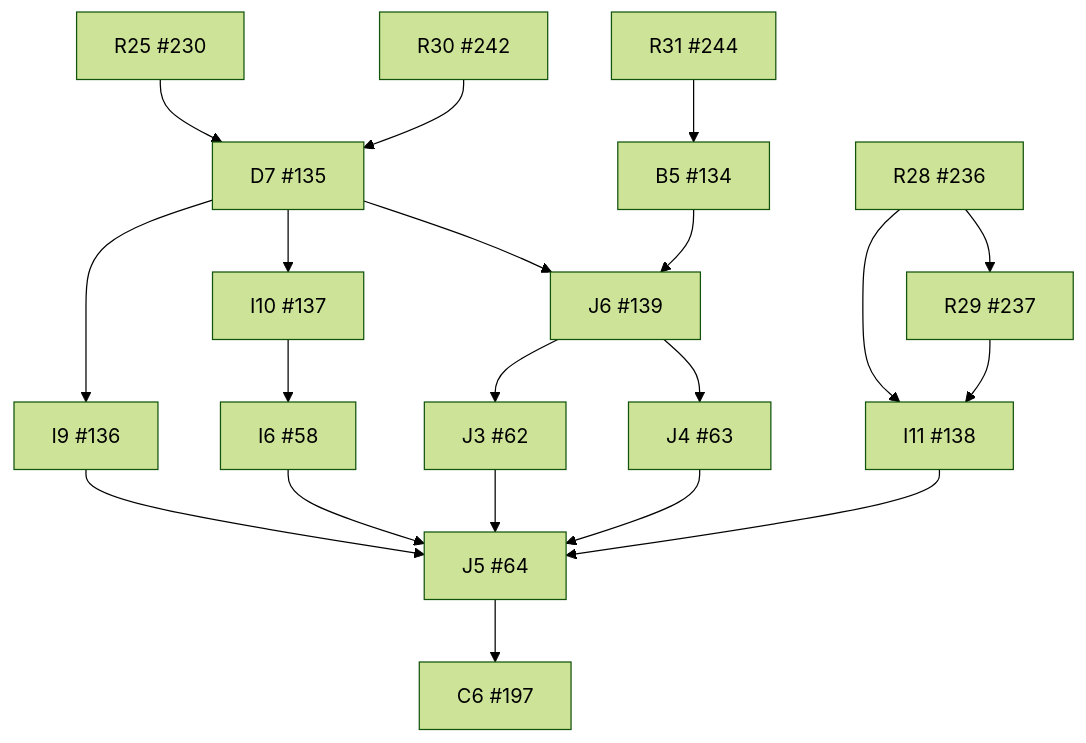
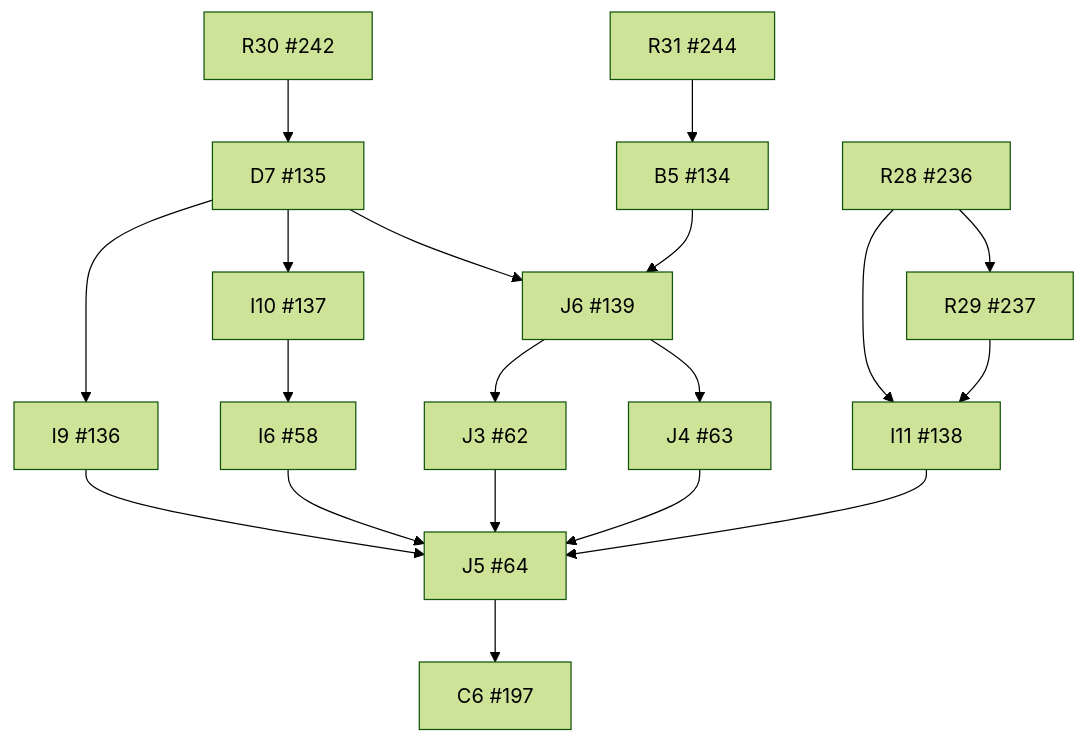
Before and after one commit to wojtekpiskorz/kiero: the diagram in docs/implementation/dependency-graph.md, drawn with Mermaid (forest theme). The commit also changed other lines of this file and 14 other files, not shown here.

````diff
--- a/docs/implementation/dependency-graph.md
+++ b/docs/implementation/dependency-graph.md
@@ -9,38 +9,36 @@
 ```mermaid
 flowchart TD
   I6["I6 #58"]
   J3["J3 #62"]
   J4["J4 #63"]
   J5["J5 #64"]
   B5["B5 #134"]
   D7["D7 #135"]
   I9["I9 #136"]
   I10["I10 #137"]
   I11["I11 #138"]
   J6["J6 #139"]
   C6["C6 #197"]
-  R25["R25 #230"]
   R28["R28 #236"]
   R29["R29 #237"]
   R30["R30 #242"]
   R31["R31 #244"]
   I10 --> I6
   J6 --> J3
   J6 --> J4
   I6 --> J5
   J3 --> J5
   J4 --> J5
   I9 --> J5
   I11 --> J5
   R31 --> B5
-  R25 --> D7
   R30 --> D7
   D7 --> I9
   D7 --> I10
   R28 --> I11
   R29 --> I11
   D7 --> J6
   B5 --> J6
   J5 --> C6
   R28 --> R29
 ```
````
